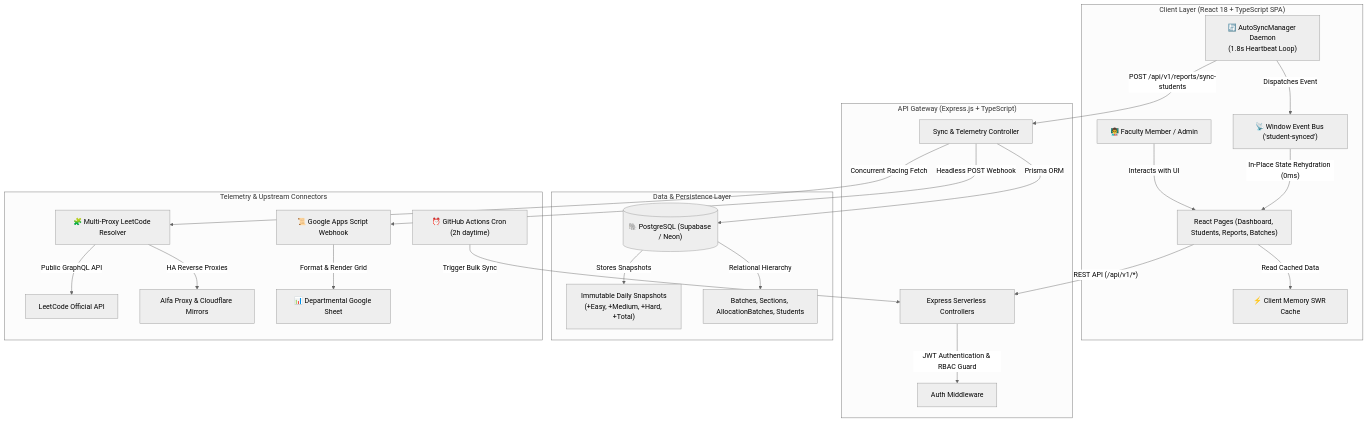
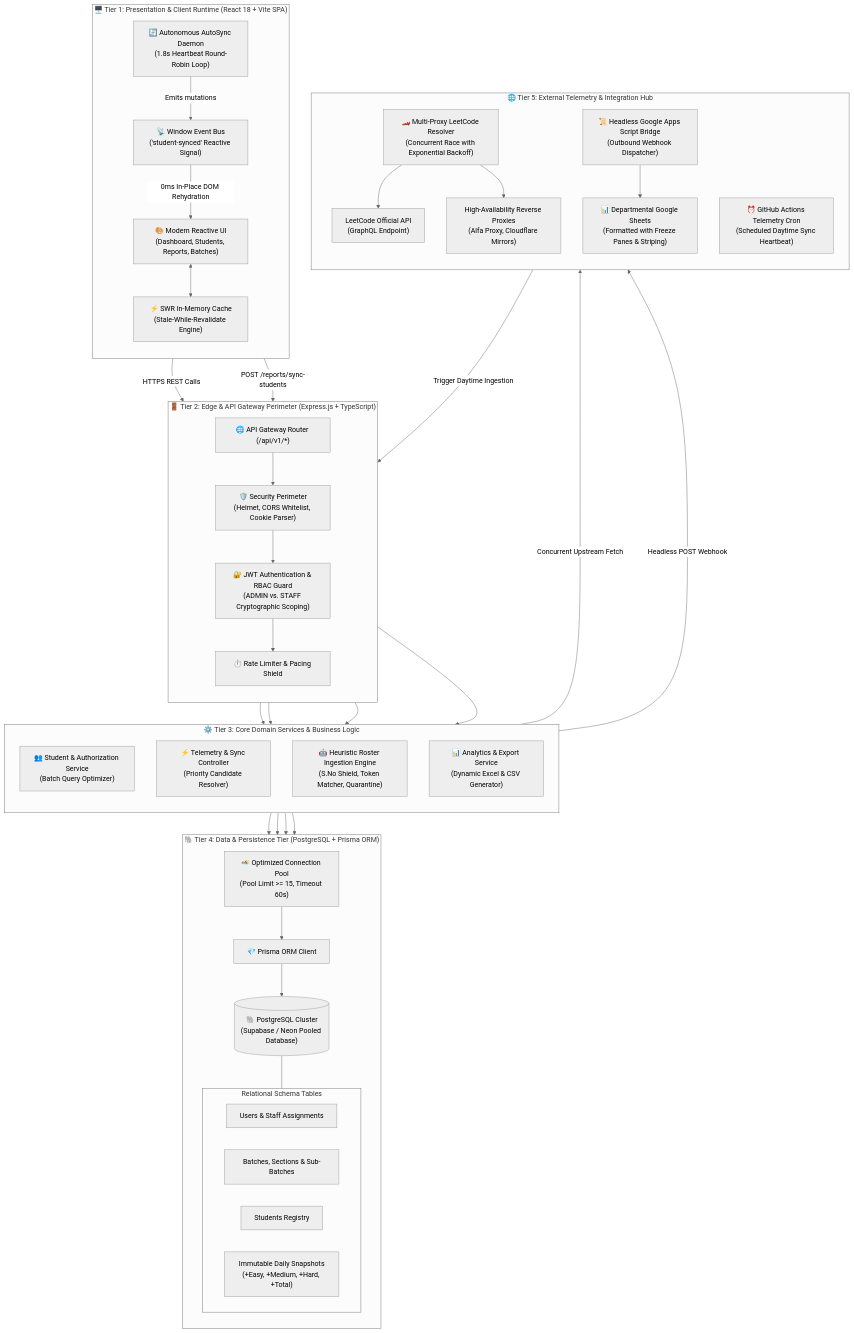
Before and after one commit to Chandru9842/coding-progress-tracker: the second of 5 diagrams in README.md, drawn with Mermaid (neutral theme). The commit also changed other lines of this file, not shown here.

Commit message:
docs: add enterprise system architecture & engineering design to README.md

````diff
--- a/README.md
+++ b/README.md
@@ -166,32 +173,78 @@
 ```mermaid
-graph TD
-    subgraph Client Layer ["Client Layer (React 18 + TypeScript SPA)"]
-        User["👨‍🏫 Faculty Member / Admin"] -->|"Interacts with UI"| Pages["React Pages (Dashboard, Students, Reports, Batches)"]
-        Daemon["🔄 AutoSyncManager Daemon<br/>(1.8s Heartbeat Loop)"] -->|"Dispatches Event"| EventBus["📡 Window Event Bus ('student-synced')"]
-        EventBus -->|"In-Place State Rehydration (0ms)"| Pages
-        Pages -->|"Read Cached Data"| SWRCache["⚡ Client Memory SWR Cache"]
+flowchart TD
+    %% TIER 1: CLIENT RUNTIME
+    subgraph TIER1 ["🖥️ Tier 1: Presentation & Client Runtime (React 18 + Vite SPA)"]
+        direction TB
+        UI["🎨 Modern Reactive UI<br/>(Dashboard, Students, Reports, Batches)"]
+        SWR["⚡ SWR In-Memory Cache<br/>(Stale-While-Revalidate Engine)"]
+        DAEMON["🔄 Autonomous AutoSync Daemon<br/>(1.8s Heartbeat Round-Robin Loop)"]
+        EVENTBUS["📡 Window Event Bus<br/>('student-synced' Reactive Signal)"]
+        
+        UI <--> SWR
+        DAEMON -->|"Emits mutations"| EVENTBUS
+        EVENTBUS -->|"0ms In-Place DOM Rehydration"| UI
     end
 
-    subgraph API Gateway ["API Gateway (Express.js + TypeScript)"]
-        Pages -->|"REST API (/api/v1/*)"| API["Express Serverless Controllers"]
-        Daemon -->|"POST /api/v1/reports/sync-students"| SyncCtrl["Sync & Telemetry Controller"]
-        API -->|"JWT Authentication & RBAC Guard"| AuthMiddleware["Auth Middleware"]
+    %% TIER 2: API GATEWAY
+    subgraph TIER2 ["🚪 Tier 2: Edge & API Gateway Perimeter (Express.js + TypeScript)"]
+        direction TB
+        ROUTER["🌐 API Gateway Router (/api/v1/*)"]
+        SEC["🛡️ Security Perimeter<br/>(Helmet, CORS Whitelist, Cookie Parser)"]
+        AUTH["🔐 JWT Authentication & RBAC Guard<br/>(ADMIN vs. STAFF Cryptographic Scoping)"]
+        RATE["⏱️ Rate Limiter & Pacing Shield"]
+        
+        ROUTER --> SEC --> AUTH --> RATE
     end
 
-    subgraph Data & Storage Layer ["Data & Persistence Layer"]
-        SyncCtrl -->|"Prisma ORM"| DB[("🐘 PostgreSQL (Supabase / Neon)")]
-        DB -->|"Stores Snapshots"| Snapshots["Immutable Daily Snapshots<br/>(+Easy, +Medium, +Hard, +Total)"]
-        DB -->|"Relational Hierarchy"| Rosters["Batches, Sections, AllocationBatches, Students"]
+    %% TIER 3: DOMAIN & APPLICATION SERVICES
+    subgraph TIER3 ["⚙️ Tier 3: Core Domain Services & Business Logic"]
+        direction TB
+        STUDENT_SVC["👥 Student & Authorization Service<br/>(Batch Query Optimizer)"]
+        SYNC_SVC["⚡ Telemetry & Sync Controller<br/>(Priority Candidate Resolver)"]
+        ROSTER_SVC["🤖 Heuristic Roster Ingestion Engine<br/>(S.No Shield, Token Matcher, Quarantine)"]
+        REPORT_SVC["📊 Analytics & Export Service<br/>(Dynamic Excel & CSV Generator)"]
     end
 
-    subgraph Telemetry & External Synchronization Layer ["Telemetry & Upstream Connectors"]
-        SyncCtrl -->|"Concurrent Racing Fetch"| Proxies["🧩 Multi-Proxy LeetCode Resolver"]
-        Proxies -->|"Public GraphQL API"| LeetCodeOfficial["LeetCode Official API"]
-        Proxies -->|"HA Reverse Proxies"| ProxyMirrors["Alfa Proxy & Cloudflare Mirrors"]
+    %% TIER 4: PERSISTENCE LAYER
+    subgraph TIER4 ["🐘 Tier 4: Data & Persistence Tier (PostgreSQL + Prisma ORM)"]
+        direction TB
+        POOL["🏊 Optimized Connection Pool<br/>(Pool Limit >= 15, Timeout 60s)"]
+        PRISMA["💎 Prisma ORM Client"]
+        POSTGRES[("🐘 PostgreSQL Cluster<br/>(Supabase / Neon Pooled Database)")]
         
-        SyncCtrl -->|"Headless POST Webhook"| AppsScript["📜 Google Apps Script Webhook"]
-        AppsScript -->|"Format & Render Grid"| GoogleSheet["📊 Departmental Google Sheet"]
+        subgraph MODELS ["Relational Schema Tables"]
+            M_USERS["Users & Staff Assignments"]
+            M_ROSTER["Batches, Sections & Sub-Batches"]
+            M_STUDENTS["Students Registry"]
+            M_SNAPSHOTS["Immutable Daily Snapshots<br/>(+Easy, +Medium, +Hard, +Total)"]
+        end
         
-        GHA["⏰ GitHub Actions Cron (2h daytime)"] -->|"Trigger Bulk Sync"| API
+        POOL --> PRISMA --> POSTGRES
+        POSTGRES --- MODELS
     end
+
+    %% TIER 5: EXTERNAL TELEMETRY & BRIDGES
+    subgraph TIER5 ["🌐 Tier 5: External Telemetry & Integration Hub"]
+        direction TB
+        RACER["🏎️ Multi-Proxy LeetCode Resolver<br/>(Concurrent Race with Exponential Backoff)"]
+        LC_OFFICIAL["LeetCode Official API<br/>(GraphQL Endpoint)"]
+        LC_MIRRORS["High-Availability Reverse Proxies<br/>(Alfa Proxy, Cloudflare Mirrors)"]
+        SHEETS_BRIDGE["📜 Headless Google Apps Script Bridge<br/>(Outbound Webhook Dispatcher)"]
+        REMOTE_SHEET["📊 Departmental Google Sheets<br/>(Formatted with Freeze Panes & Striping)"]
+        CRON["⏰ GitHub Actions Telemetry Cron<br/>(Scheduled Daytime Sync Heartbeat)"]
+        
+        RACER --> LC_OFFICIAL
+        RACER --> LC_MIRRORS
+        SHEETS_BRIDGE --> REMOTE_SHEET
+    end
+
+    %% INTER-TIER CONNECTIONS
+    UI -->|"HTTPS REST Calls"| ROUTER
+    DAEMON -->|"POST /reports/sync-students"| ROUTER
+    RATE --> STUDENT_SVC & SYNC_SVC & ROSTER_SVC & REPORT_SVC
+    
+    STUDENT_SVC & SYNC_SVC & ROSTER_SVC & REPORT_SVC --> POOL
+    SYNC_SVC -->|"Concurrent Upstream Fetch"| RACER
+    SYNC_SVC -->|"Headless POST Webhook"| SHEETS_BRIDGE
+    CRON -->|"Trigger Daytime Ingestion"| ROUTER
 ```
````
